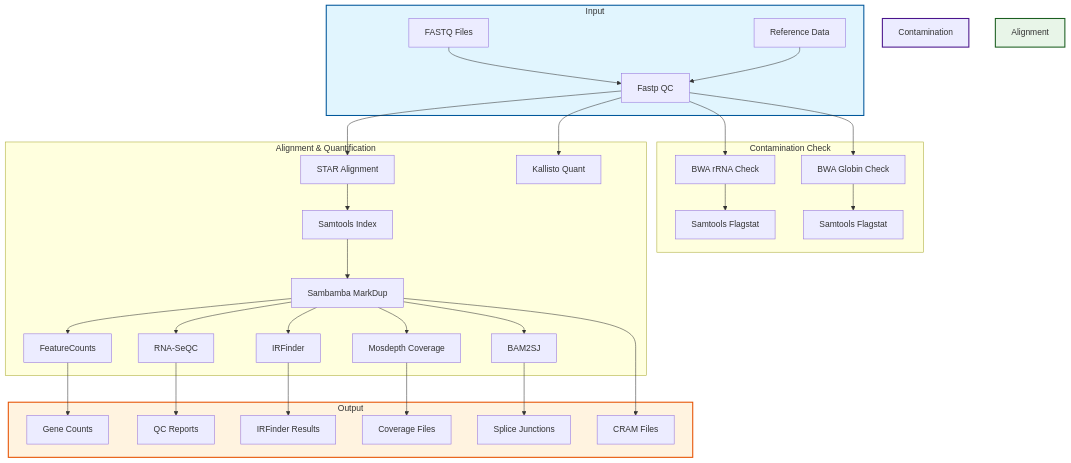
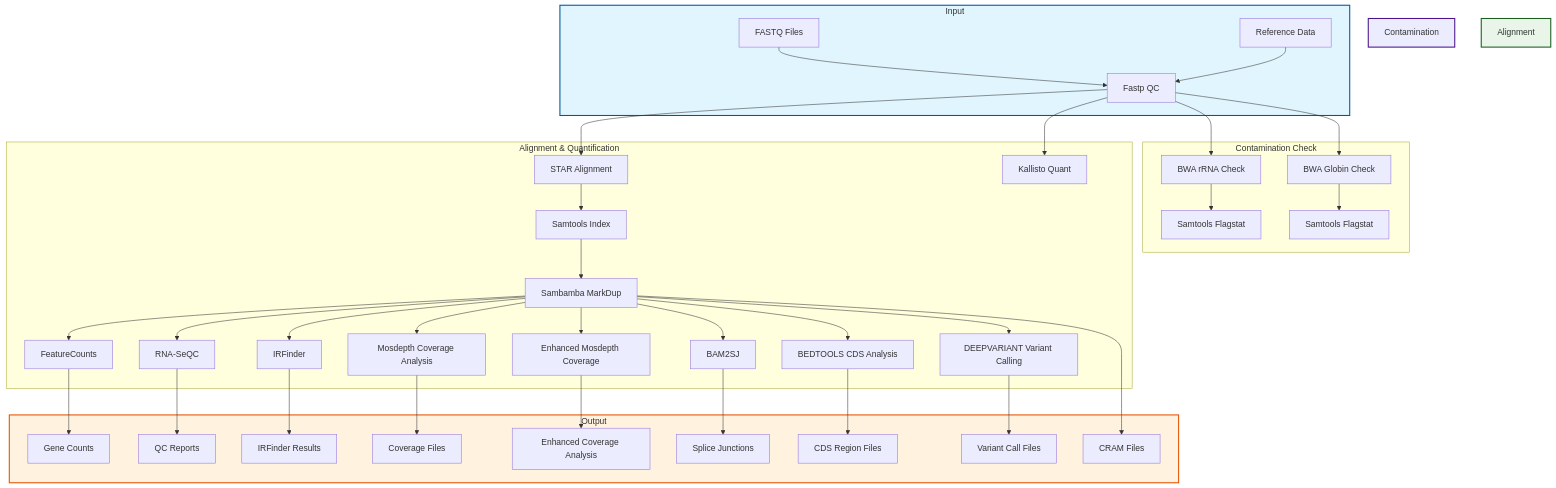
Before and after one commit to uclanelsonlab/nl-rna-seq_wf: the diagram in README.md, drawn with Mermaid. The commit also changed other lines of this file and 2 other files, not shown here.

Commit message:
docs: add mosdepth, bedtools and deepvariant features

````diff
--- a/README.md
+++ b/README.md
@@ -23,40 +27,46 @@
 ```mermaid
 graph TB
     subgraph Input
         A1[FASTQ Files] --> B1[Fastp QC]
         A2[Reference Data] --> B1
     end
 
     subgraph Contamination Check
         B1 --> C1[BWA rRNA Check]
         B1 --> C2[BWA Globin Check]
         C1 --> D1[Samtools Flagstat]
         C2 --> D2[Samtools Flagstat]
     end
 
     subgraph Alignment & Quantification
         B1 --> E1[STAR Alignment]
         B1 --> E2[Kallisto Quant]
         E1 --> F1[Samtools Index]
         F1 --> F2[Sambamba MarkDup]
         F2 --> G1[FeatureCounts]
         F2 --> G2[RNA-SeQC]
         F2 --> G3[IRFinder]
-        F2 --> G4[Mosdepth Coverage]
+        F2 --> G4[Mosdepth Coverage Analysis]
+        F2 --> G4b[Enhanced Mosdepth Coverage]
         F2 --> G5[BAM2SJ]
+        F2 --> G6[BEDTOOLS CDS Analysis]
+        F2 --> G7[DEEPVARIANT Variant Calling]
     end
 
     subgraph Output
         G1 --> H1[Gene Counts]
         G2 --> H2[QC Reports]
         G3 --> H3[IRFinder Results]
         G4 --> H4[Coverage Files]
+        G4b --> H4b[Enhanced Coverage Analysis]
         G5 --> H5[Splice Junctions]
-        F2 --> H6[CRAM Files]
+        G6 --> H6[CDS Region Files]
+        G7 --> H7[Variant Call Files]
+        F2 --> H8[CRAM Files]
     end
 
     style Input fill:#e1f5fe,stroke:#01579b,stroke-width:2px
     style Contamination Check fill:#f3e5f5,stroke:#4a148c,stroke-width:2px
     style Alignment fill:#e8f5e8,stroke:#1b5e20,stroke-width:2px
     style Output fill:#fff3e0,stroke:#e65100,stroke-width:2px
 ```
````
